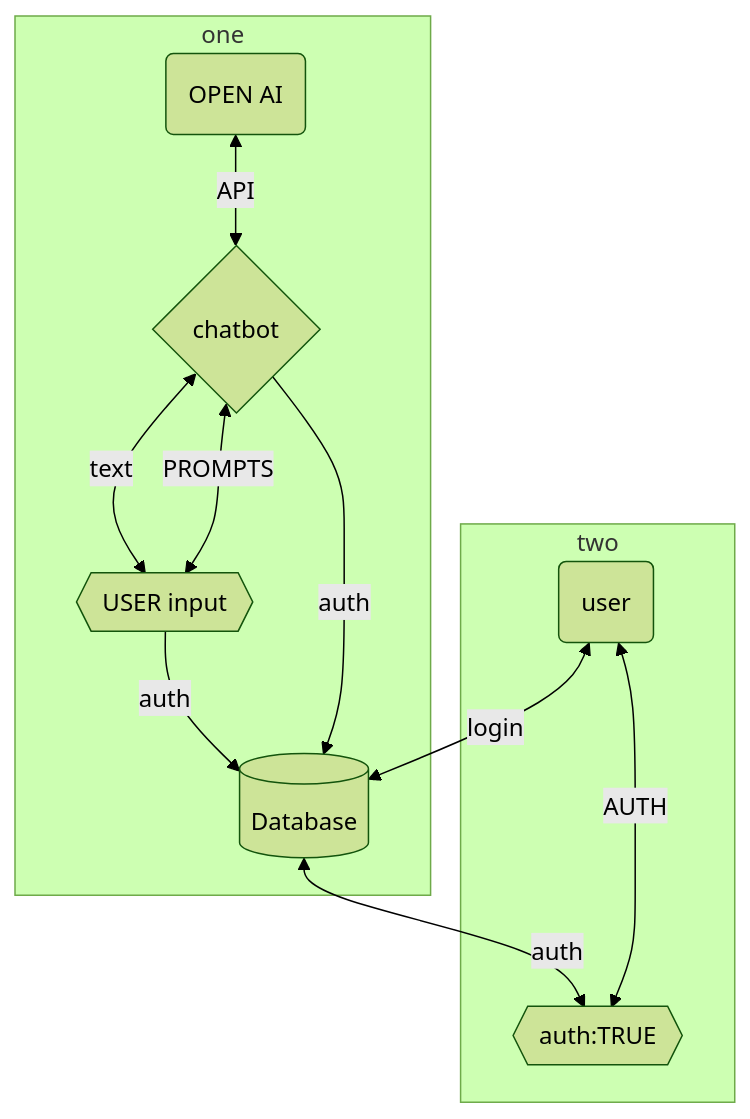
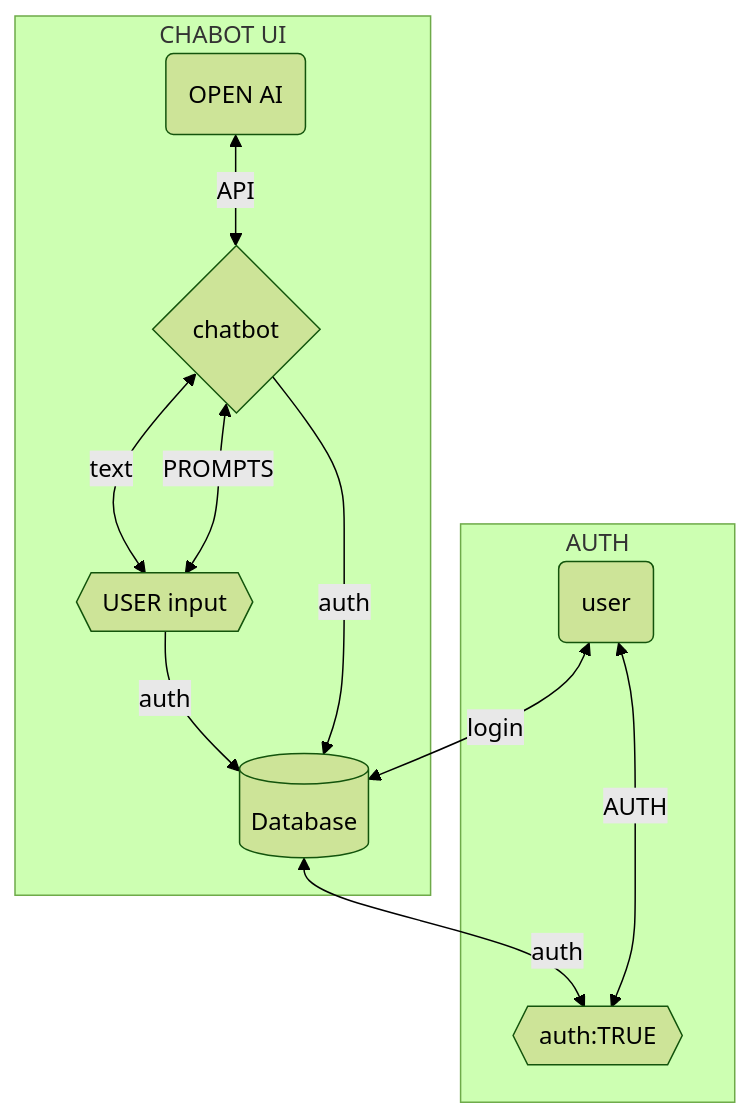
The diagram in README.md (kivtechs-uml/chatbot_uml), drawn with Mermaid (forest theme) before and after one commit.

````diff
--- a/README.md
+++ b/README.md
@@ -8,17 +8,17 @@
 ```mermaid
 flowchart TB
-     subgraph one
+     subgraph CHABOT UI
      A(OPEN AI) <-- API --> B{chatbot} <-- text --> C{{USER input }}
      B <-- PROMPTS --> C
      C --auth--> D[(Database)]
      B -- auth --> D
      end
-     subgraph two
+     subgraph AUTH
      A1(user) <-- login --> D[(Database)] <-- auth --> C1{{ auth:TRUE }}
      A1  <-- AUTH --> C1
      end
   
     
 
 
 ```
````
